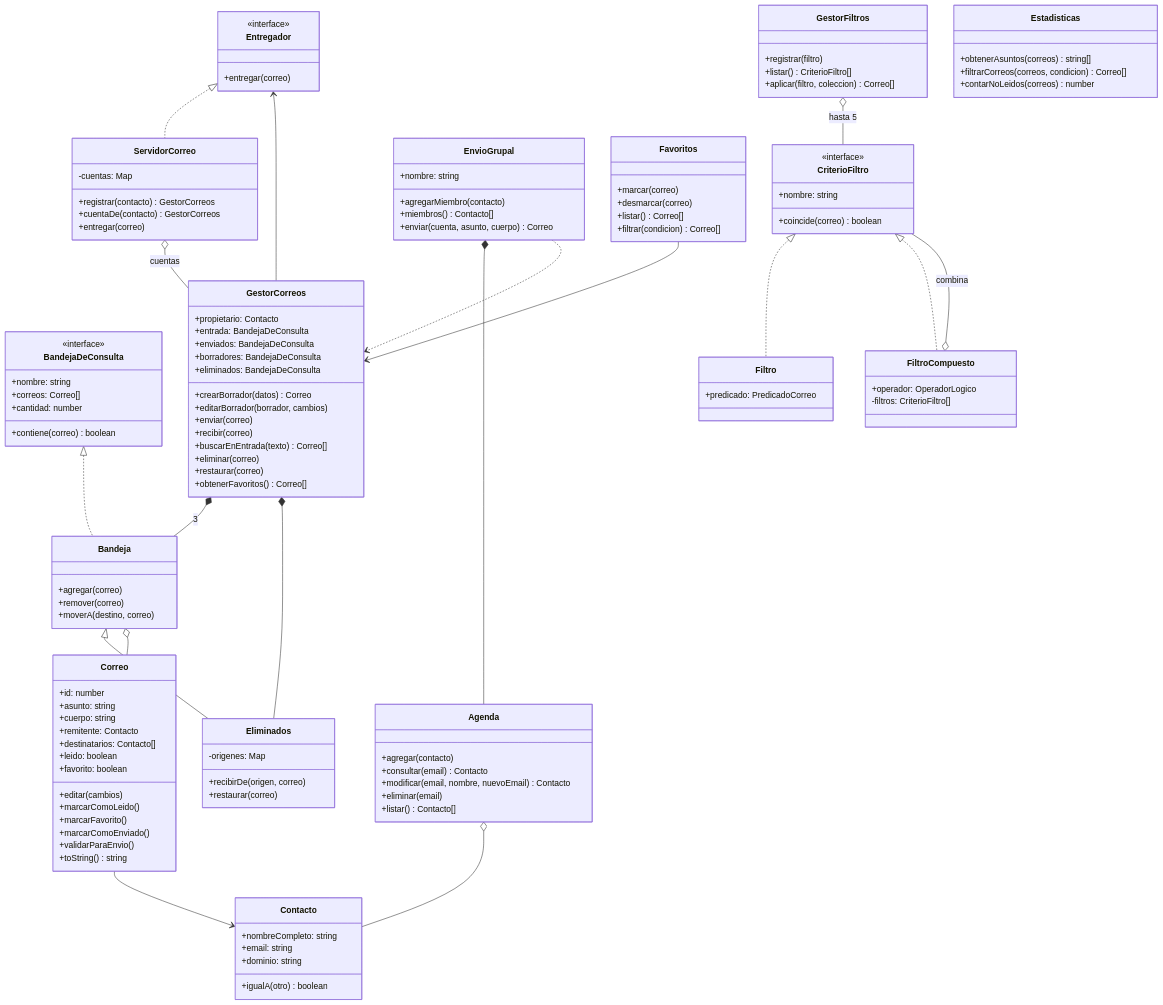
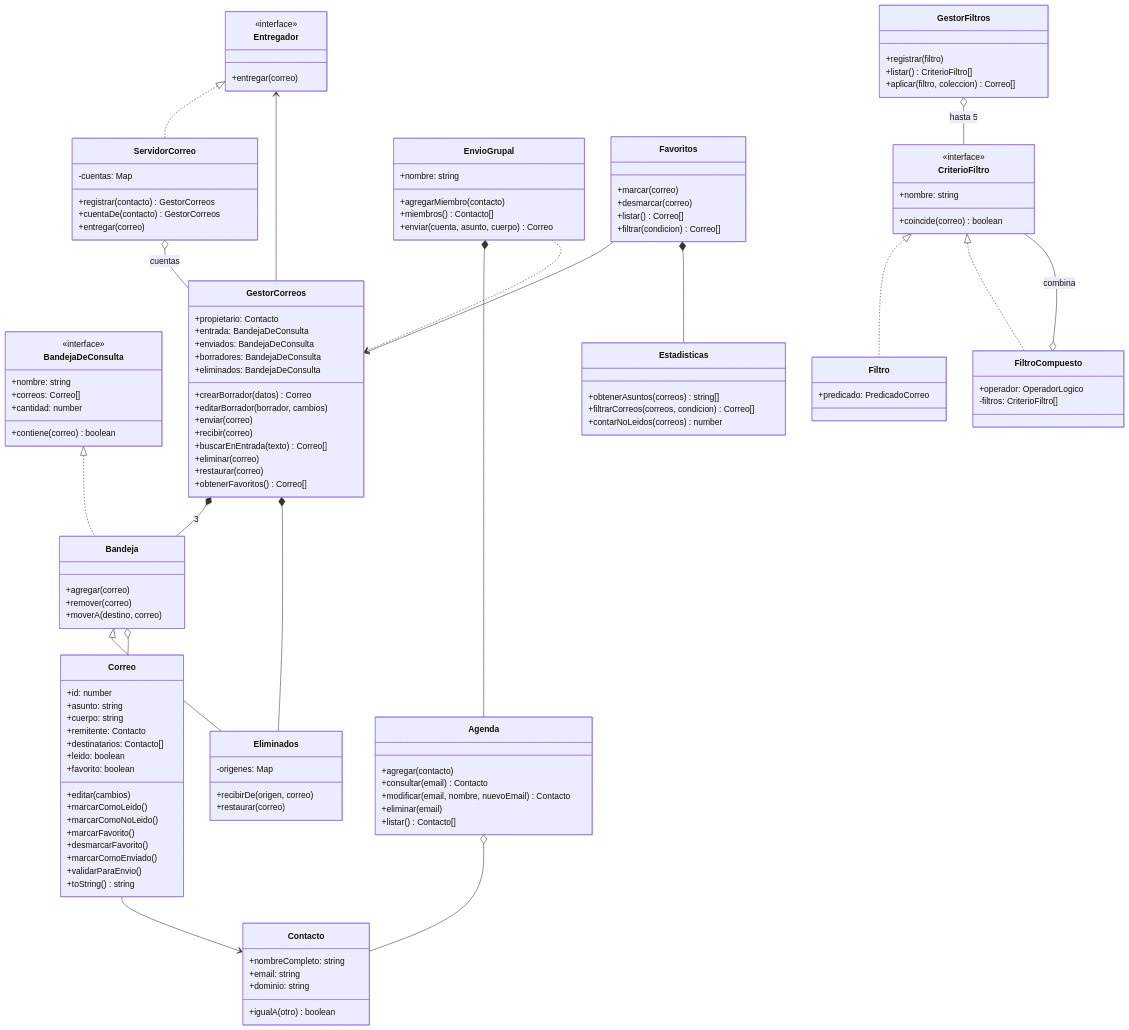
Before and after one commit to maurormrz/IntegradorAE4: the diagram in README.md, drawn with Mermaid. The commit also changed other lines of this file and 5 other files, not shown here.

````diff
--- a/README.md
+++ b/README.md
@@ -77,7 +77,9 @@
     +favorito: boolean
     +editar(cambios)
     +marcarComoLeido()
+    +marcarComoNoLeido()
     +marcarFavorito()
+    +desmarcarFavorito()
     +marcarComoEnviado()
     +validarParaEnvio()
     +toString() string
@@ -176,4 +178,5 @@
   EnvioGrupal *-- Agenda
   EnvioGrupal ..> GestorCorreos
   Favoritos --> GestorCorreos
+  Favoritos *-- Estadisticas
 ```
````
